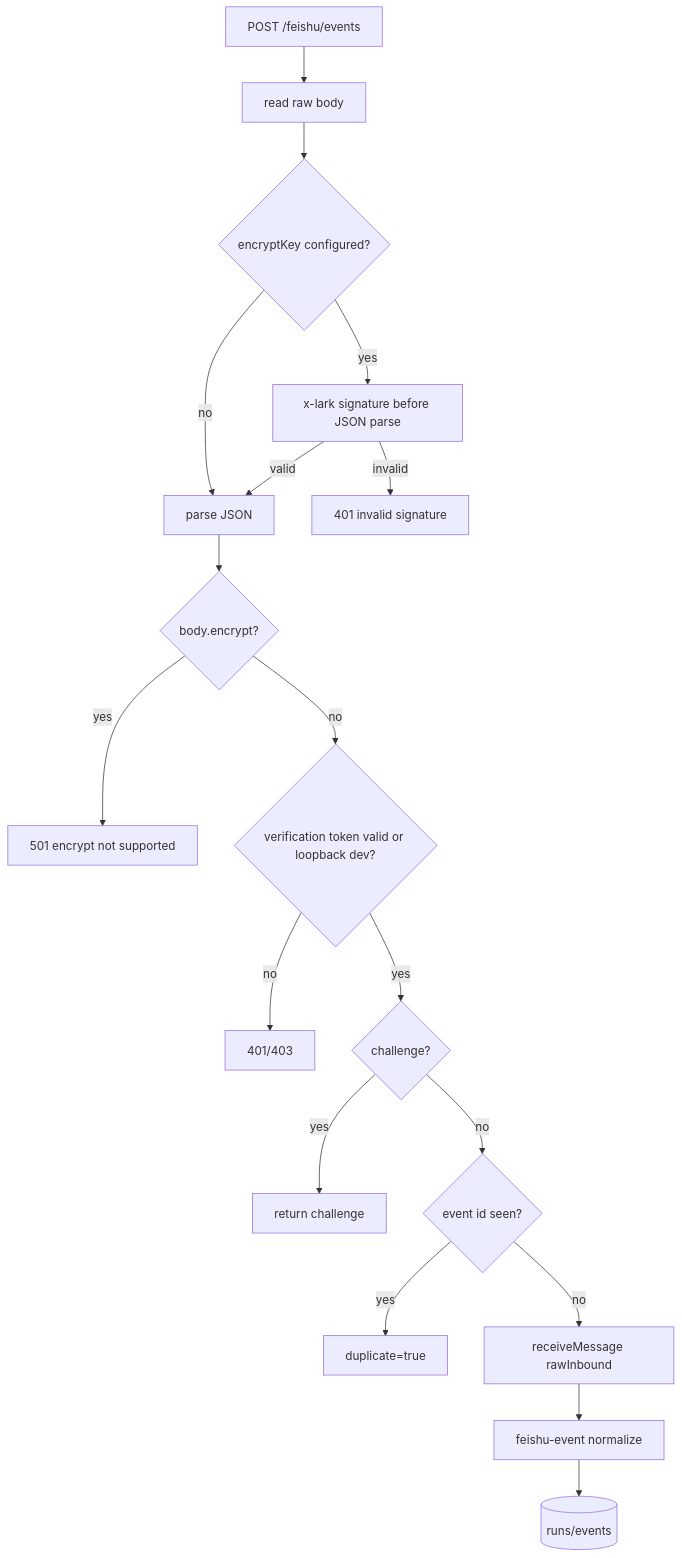
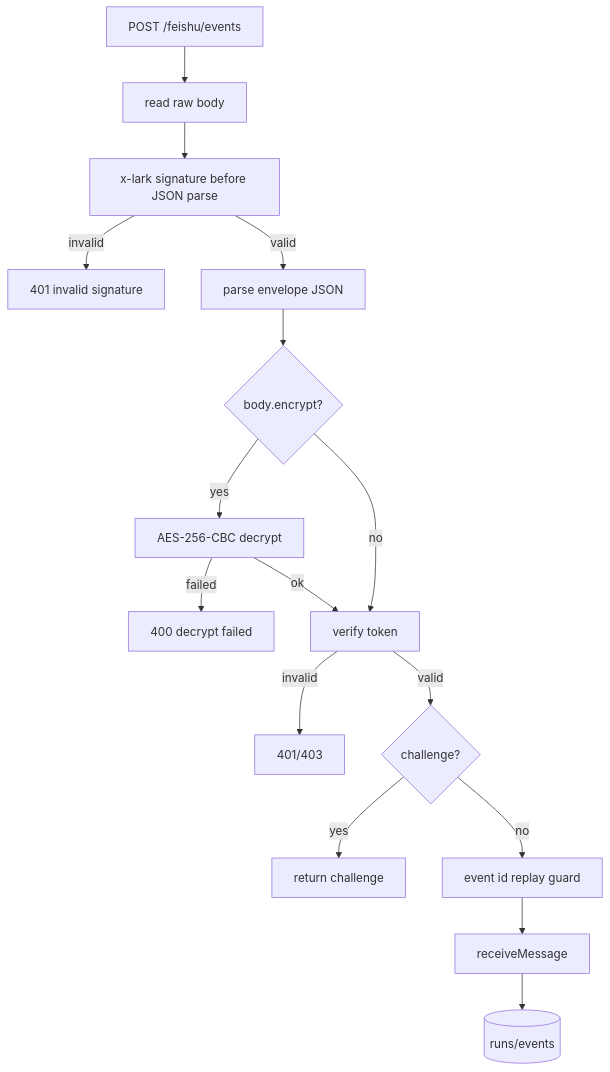
The third of 8 diagrams in docs/implementation-architecture.md (mayf3/myclaw), drawn with Mermaid before and after one commit. The commit also changed other lines of this file and 30 other files, not shown here.

Commit message:
feat: support feishu encrypted challenge

````diff
--- a/docs/implementation-architecture.md
+++ b/docs/implementation-architecture.md
@@ -107,20 +102,18 @@
 ```mermaid
 flowchart TD
   Start[POST /feishu/events] --> Raw[read raw body]
-  Raw --> HasKey{encryptKey configured?}
-  HasKey -->|yes| Signature[x-lark signature before JSON parse]
-  HasKey -->|no| Parse[parse JSON]
+  Raw --> Signature[x-lark signature before JSON parse]
   Signature -->|invalid| Deny[401 invalid signature]
-  Signature -->|valid| Parse
+  Signature -->|valid| Parse[parse envelope JSON]
   Parse --> Encrypt{body.encrypt?}
-  Encrypt -->|yes| Unsupported[501 encrypt not supported]
-  Encrypt -->|no| Token{verification token valid or loopback dev?}
-  Token -->|no| DenyToken[401/403]
-  Token -->|yes| Challenge{challenge?}
+  Encrypt -->|yes| Decrypt[AES-256-CBC decrypt]
+  Decrypt -->|failed| Bad[400 decrypt failed]
+  Decrypt -->|ok| Token[verify token]
+  Encrypt -->|no| Token
+  Token -->|invalid| Reject[401/403]
+  Token -->|valid| Challenge{challenge?}
   Challenge -->|yes| Echo[return challenge]
-  Challenge -->|no| Replay{event id seen?}
-  Replay -->|yes| Duplicate[duplicate=true]
-  Replay -->|no| Runtime[receiveMessage rawInbound]
-  Runtime --> AdapterNormalize[feishu-event normalize]
-  AdapterNormalize --> State[(runs/events)]
+  Challenge -->|no| Replay[event id replay guard]
+  Replay --> Runtime[receiveMessage]
+  Runtime --> State[(runs/events)]
 ```
````
